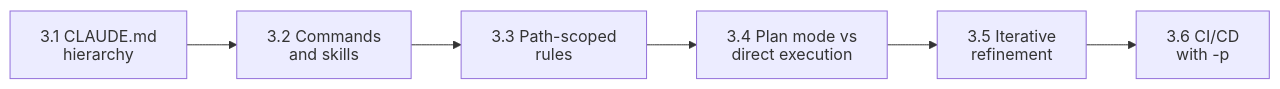
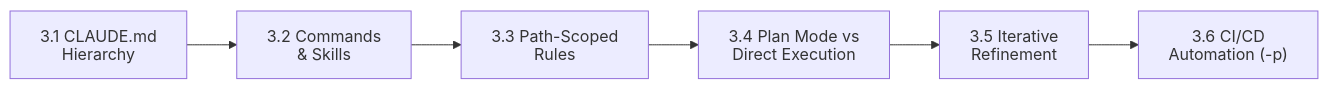
One commit to dip4k/claude_cert_architect_foundation_prep changed the second of 2 diagrams in domain3/README.md. Above: the diagram before and after it, drawn with Mermaid. The commit also changed other lines of this file and 50 other files, not shown here.

````diff
--- a/domain3/README.md
+++ b/domain3/README.md
@@ -11,12 +46,12 @@
 ```mermaid
 ---
 config:
   htmlLabels: false
 ---
 flowchart LR
-    A["3.1 CLAUDE.md<br>hierarchy"] --> B["3.2 Commands<br>and skills"]
-    B --> C["3.3 Path-scoped<br>rules"]
-    C --> D["3.4 Plan mode vs<br>direct execution"]
-    D --> E["3.5 Iterative<br>refinement"]
-    E --> F["3.6 CI/CD<br>with -p"]
+    A["3.1 CLAUDE.md<br>Hierarchy"] --> B["3.2 Commands<br>& Skills"]
+    B --> C["3.3 Path-Scoped<br>Rules"]
+    C --> D["3.4 Plan Mode vs<br>Direct Execution"]
+    D --> E["3.5 Iterative<br>Refinement"]
+    E --> F["3.6 CI/CD<br>Automation (-p)"]
 ```
````
